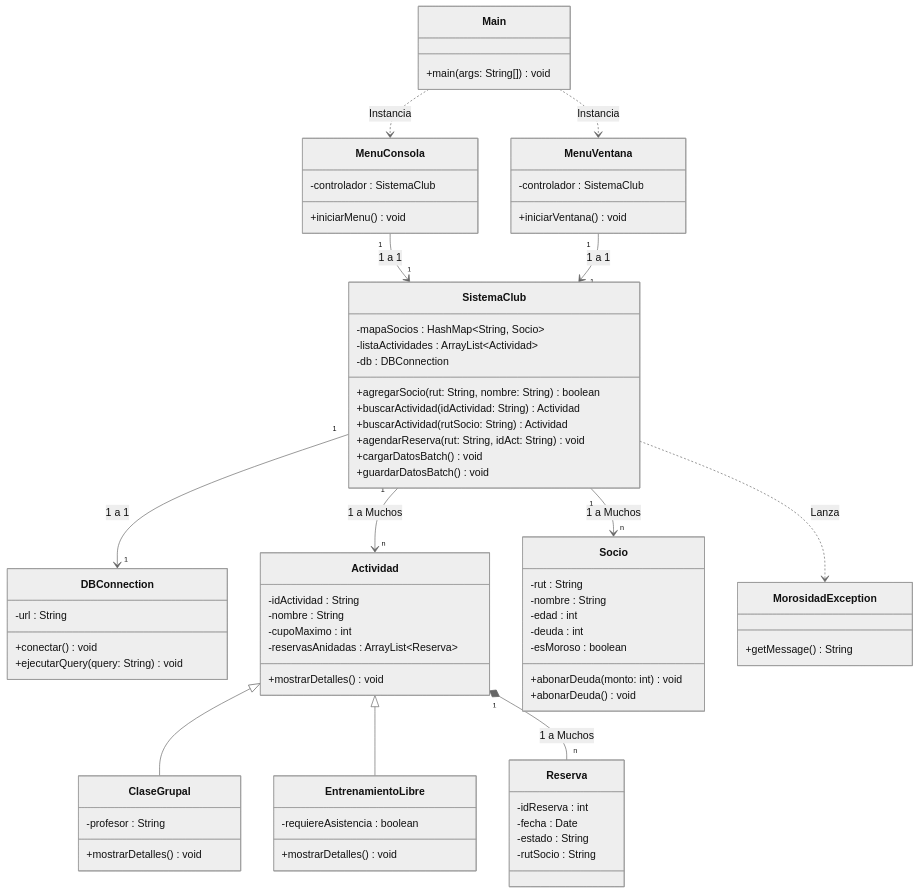
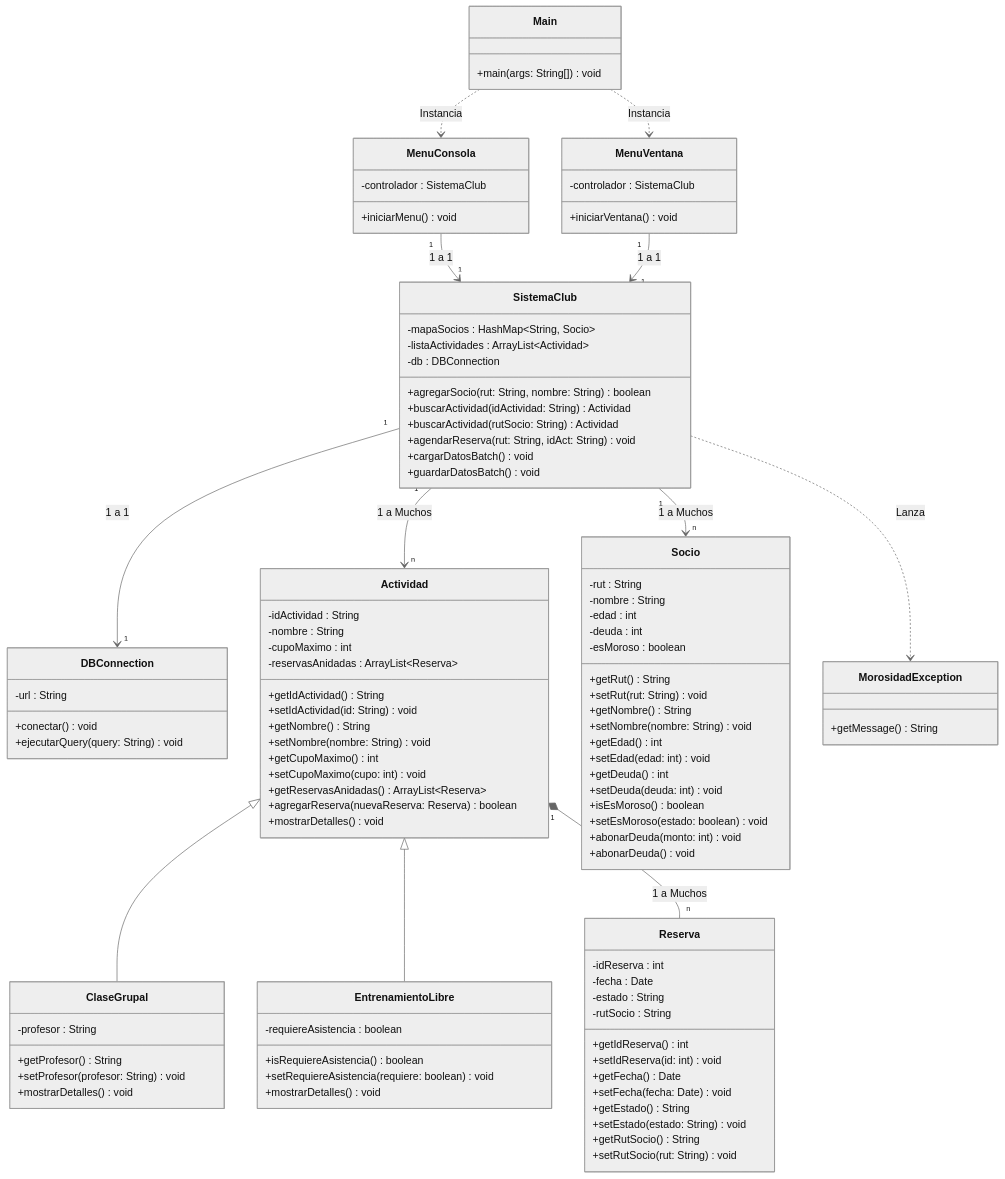
One commit to L3v1smpr/ProyectoProgramacionAvanzadaUno changed the diagram in planificacion/Diagrama de Clases UML.md. Above: the diagram before and after it, drawn with Mermaid (neutral theme).

Commit message:
Desarrollo de diagrama UML - Especificación de métodos getter y setter

````diff
--- a/planificacion/Diagrama de Clases UML.md
+++ b/planificacion/Diagrama de Clases UML.md
@@ -1,5 +1,8 @@
 ```mermaid
 classDiagram
+    %% ==========================================
+    %% CAPA VISTA Y CONTROLADOR (Resumida para enfoque en Modelo)
+    %% ==========================================
     class Main {
         +main(args: String[]) void
     }
@@ -32,21 +35,36 @@
         +ejecutarQuery(query: String) void
     }
 
+    %% ==========================================
+    %% CAPA MODELO (Con Getters, Setters y Métodos de Negocio)
+    %% ==========================================
     class Actividad {
         -idActividad : String
         -nombre : String
         -cupoMaximo : int
         -reservasAnidadas : ArrayList~Reserva~
+        +getIdActividad() String
+        +setIdActividad(id: String) void
+        +getNombre() String
+        +setNombre(nombre: String) void
+        +getCupoMaximo() int
+        +setCupoMaximo(cupo: int) void
+        +getReservasAnidadas() ArrayList~Reserva~
+        +agregarReserva(nuevaReserva: Reserva) boolean
         +mostrarDetalles() void
     }
     
     class ClaseGrupal {
         -profesor : String
+        +getProfesor() String
+        +setProfesor(profesor: String) void
         +mostrarDetalles() void
     }
     
     class EntrenamientoLibre {
         -requiereAsistencia : boolean
+        +isRequiereAsistencia() boolean
+        +setRequiereAsistencia(requiere: boolean) void
         +mostrarDetalles() void
     }
     
@@ -56,6 +74,16 @@
         -edad : int
         -deuda : int
         -esMoroso : boolean
+        +getRut() String
+        +setRut(rut: String) void
+        +getNombre() String
+        +setNombre(nombre: String) void
+        +getEdad() int
+        +setEdad(edad: int) void
+        +getDeuda() int
+        +setDeuda(deuda: int) void
+        +isEsMoroso() boolean
+        +setEsMoroso(estado: boolean) void
         +abonarDeuda(monto: int) void
         +abonarDeuda() void
     }
@@ -65,12 +93,23 @@
         -fecha : Date
         -estado : String
         -rutSocio : String
+        +getIdReserva() int
+        +setIdReserva(id: int) void
+        +getFecha() Date
+        +setFecha(fecha: Date) void
+        +getEstado() String
+        +setEstado(estado: String) void
+        +getRutSocio() String
+        +setRutSocio(rut: String) void
     }
     
     class MorosidadException {
         +getMessage() String
     }
 
+    %% ==========================================
+    %% RELACIONES 
+    %% ==========================================
     Actividad <|-- ClaseGrupal
     Actividad <|-- EntrenamientoLibre
 
````
